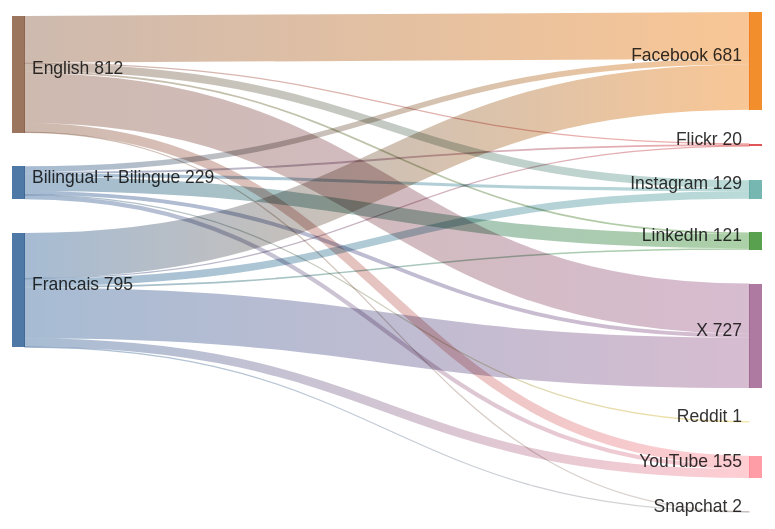
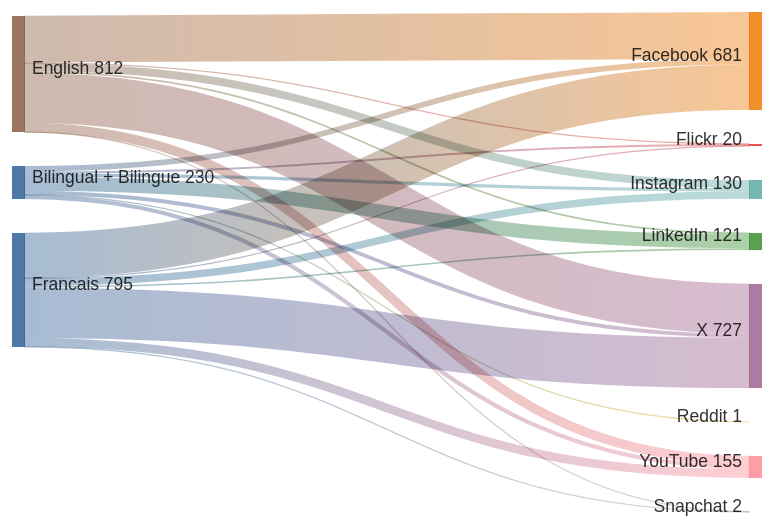
The diagram in sankey_diagram.md (PatLittle/GC-Socials), drawn with Mermaid before and after one commit.

Commit message:
Update Sankey diagram for the most recent day

````diff
--- a/sankey_diagram.md
+++ b/sankey_diagram.md
@@ -1,24 +1,24 @@
 ```mermaid
 sankey-beta
   Bilingual + Bilingue,Facebook,39
   Bilingual + Bilingue,Flickr,13
-  Bilingual + Bilingue,Instagram,22
+  Bilingual + Bilingue,Instagram,23
   Bilingual + Bilingue,LinkedIn,98
   Bilingual + Bilingue,Reddit,1
   Bilingual + Bilingue,X,27
   Bilingual + Bilingue,YouTube,29
   English,Facebook,326
   English,Flickr,4
   English,Instagram,55
   English,LinkedIn,12
   English,Snapchat,1
   English,X,349
   English,YouTube,65
   Francais,Facebook,316
   Francais,Flickr,3
   Francais,Instagram,52
   Francais,LinkedIn,11
   Francais,Snapchat,1
   Francais,X,351
   Francais,YouTube,61
 ```
````
